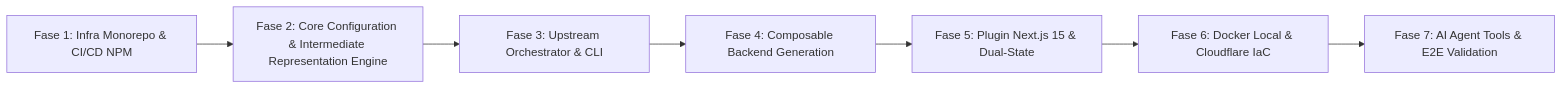
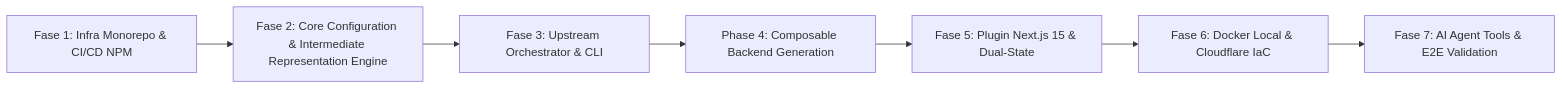
One commit to NordixTech/NordixGen changed the diagram in docs/IMPLEMENTATION_PLAN.md. Above: the diagram before and after it, drawn with Mermaid. The commit also changed other lines of this file and 2 other files, not shown here.

````diff
--- a/docs/IMPLEMENTATION_PLAN.md
+++ b/docs/IMPLEMENTATION_PLAN.md
@@ -10,9 +10,9 @@
 ```mermaid
 flowchart LR
     Fase1["Fase 1: Infra Monorepo & CI/CD NPM"] --> Fase2["Fase 2: Core Configuration & Intermediate Representation Engine"]
     Fase2 --> Fase3["Fase 3: Upstream Orchestrator & CLI"]
-    Fase3 --> Fase4["Fase 4: Composable Backend Generation"]
+    Fase3 --> Fase4["Phase 4: Composable Backend Generation"]
     Fase4 --> Fase5["Fase 5: Plugin Next.js 15 & Dual-State"]
     Fase5 --> Fase6["Fase 6: Docker Local & Cloudflare IaC"]
     Fase6 --> Fase7["Fase 7: AI Agent Tools & E2E Validation"]
 ```
````
